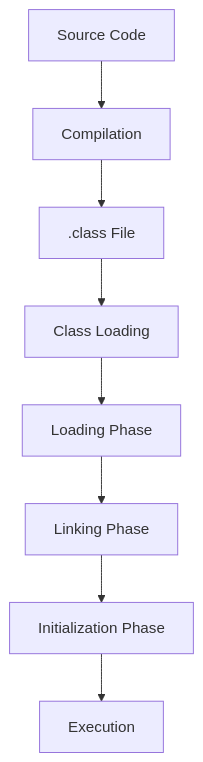
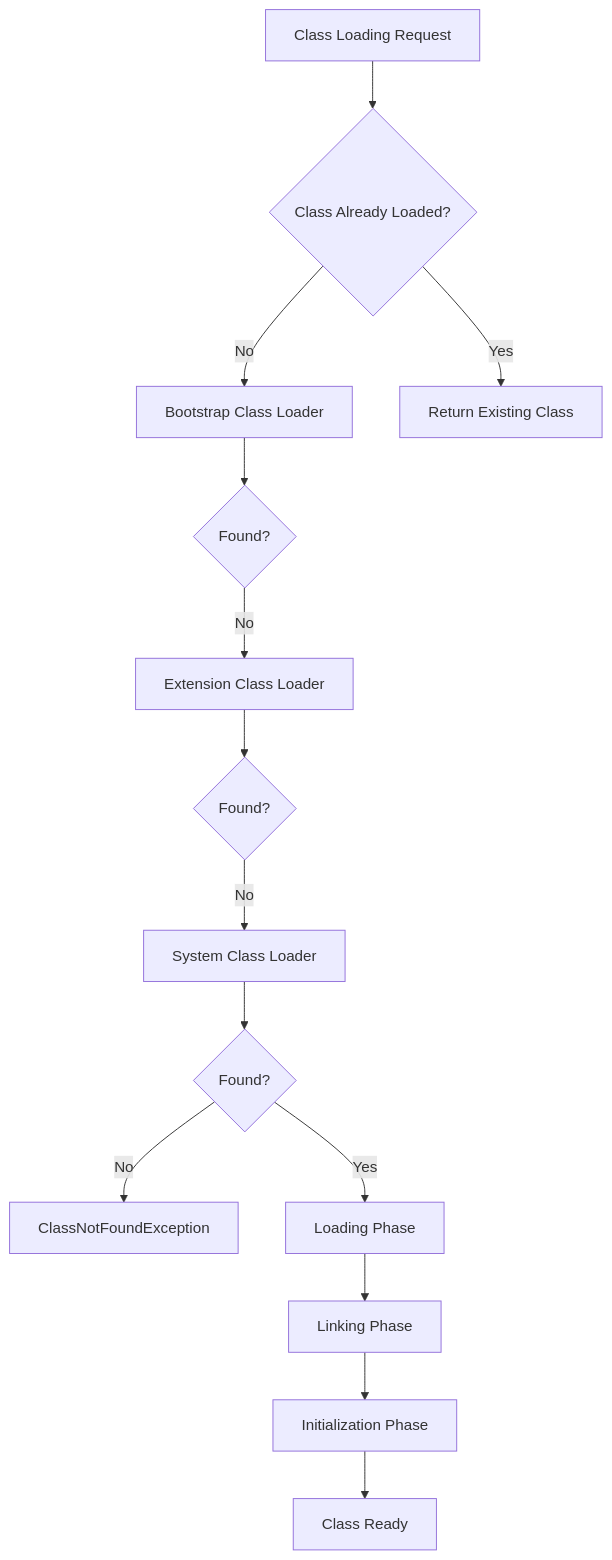
Before and after one commit to VrushankPatel/interview-matters: the diagram in jvm-internals-and-class-loading/README.md, drawn with Mermaid. The commit also changed other lines of this file and 4 other files, not shown here.

````diff
--- a/jvm-internals-and-class-loading/README.md
+++ b/jvm-internals-and-class-loading/README.md
@@ -74,10 +58,16 @@
 ```mermaid
 graph TD
-    A[Source Code] --> B[Compilation]
-    B --> C[.class File]
-    C --> D[Class Loading]
-    D --> E[Loading Phase]
-    E --> F[Linking Phase]
-    F --> G[Initialization Phase]
-    G --> H[Execution]
+    A[Class Loading Request] --> B{Class Already Loaded?}
+    B -->|No| C[Bootstrap Class Loader]
+    C --> D{Found?}
+    D -->|No| E[Extension Class Loader]
+    E --> F{Found?}
+    F -->|No| G[System Class Loader]
+    G --> H{Found?}
+    H -->|No| I[ClassNotFoundException]
+    H -->|Yes| J[Loading Phase]
+    J --> K[Linking Phase]
+    K --> L[Initialization Phase]
+    L --> M[Class Ready]
+    B -->|Yes| N[Return Existing Class]
 ```
````
